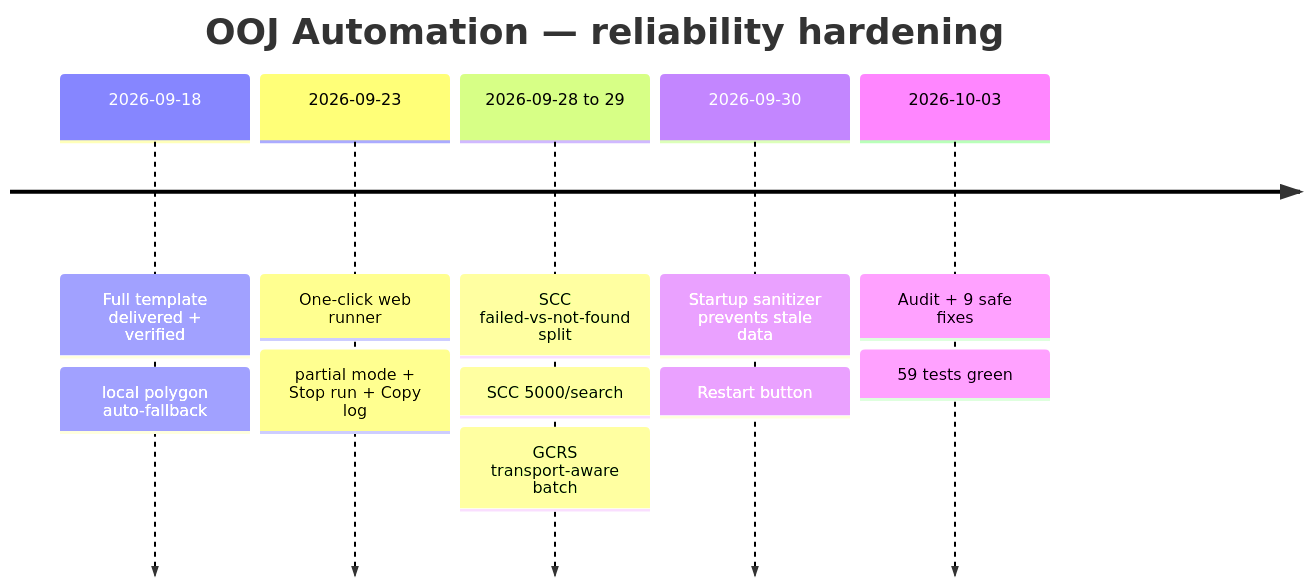
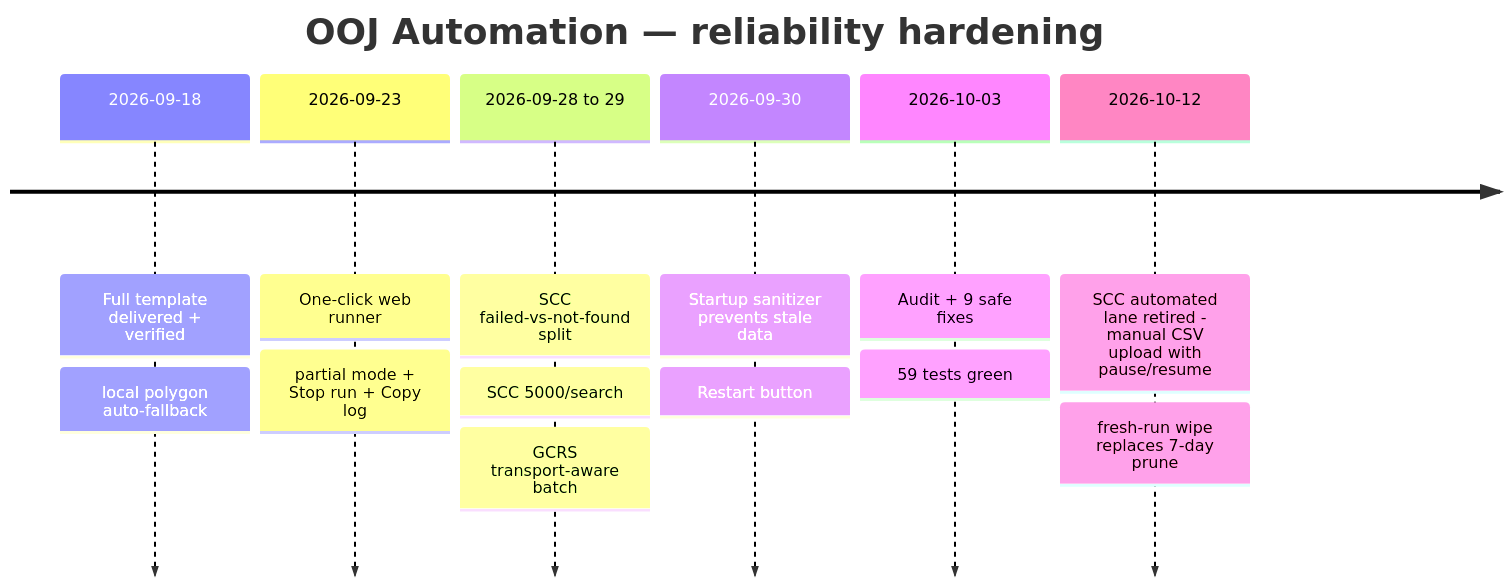
Before and after one commit to debashiskbrj/Kiro-OOJ-Automation: the fifth of 5 diagrams in Docs/SOP-OOJ-Automation.md, drawn with Mermaid. The commit also changed other lines of this file and 14 other files, not shown here.

First line of the commit message:
docs: Update README and Docs to the current manual-SCC flow

````diff
--- a/Docs/SOP-OOJ-Automation.md
+++ b/Docs/SOP-OOJ-Automation.md
@@ -257,9 +273,10 @@
 ```mermaid
 timeline
     title OOJ Automation — reliability hardening
     2026-09-18 : Full template delivered + verified : local polygon auto-fallback
     2026-09-23 : One-click web runner : partial mode + Stop run + Copy log
     2026-09-28 to 29 : SCC failed-vs-not-found split : SCC 5000/search : GCRS transport-aware batch
     2026-09-30 : Startup sanitizer prevents stale data : Restart button
     2026-10-03 : Audit + 9 safe fixes : 59 tests green
+    2026-10-12 : SCC automated lane retired - manual CSV upload with pause/resume : fresh-run wipe replaces 7-day prune
 ```
````
